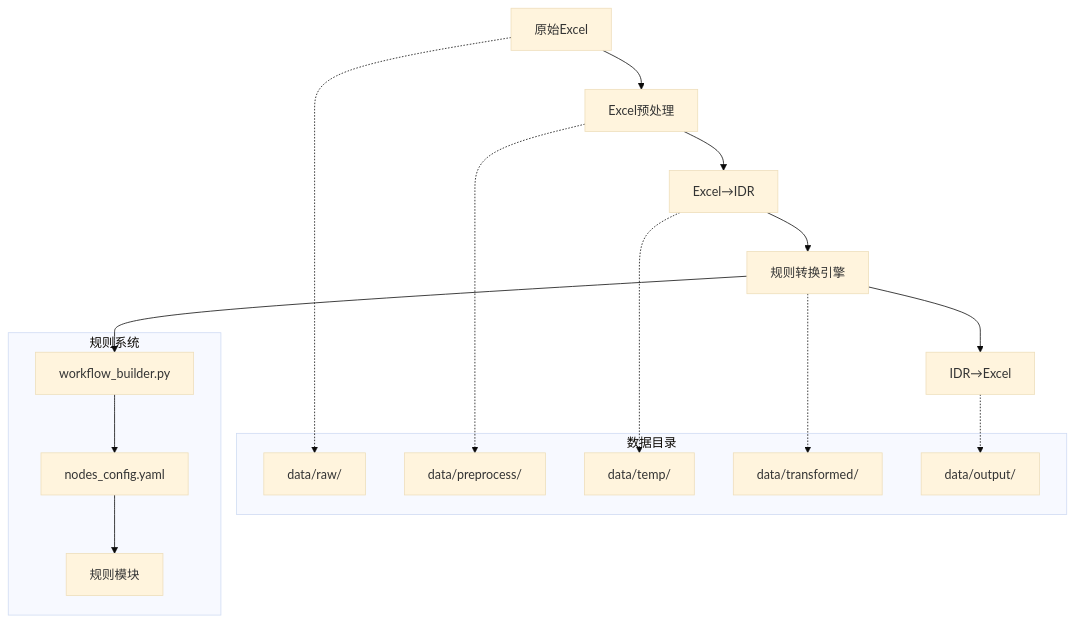
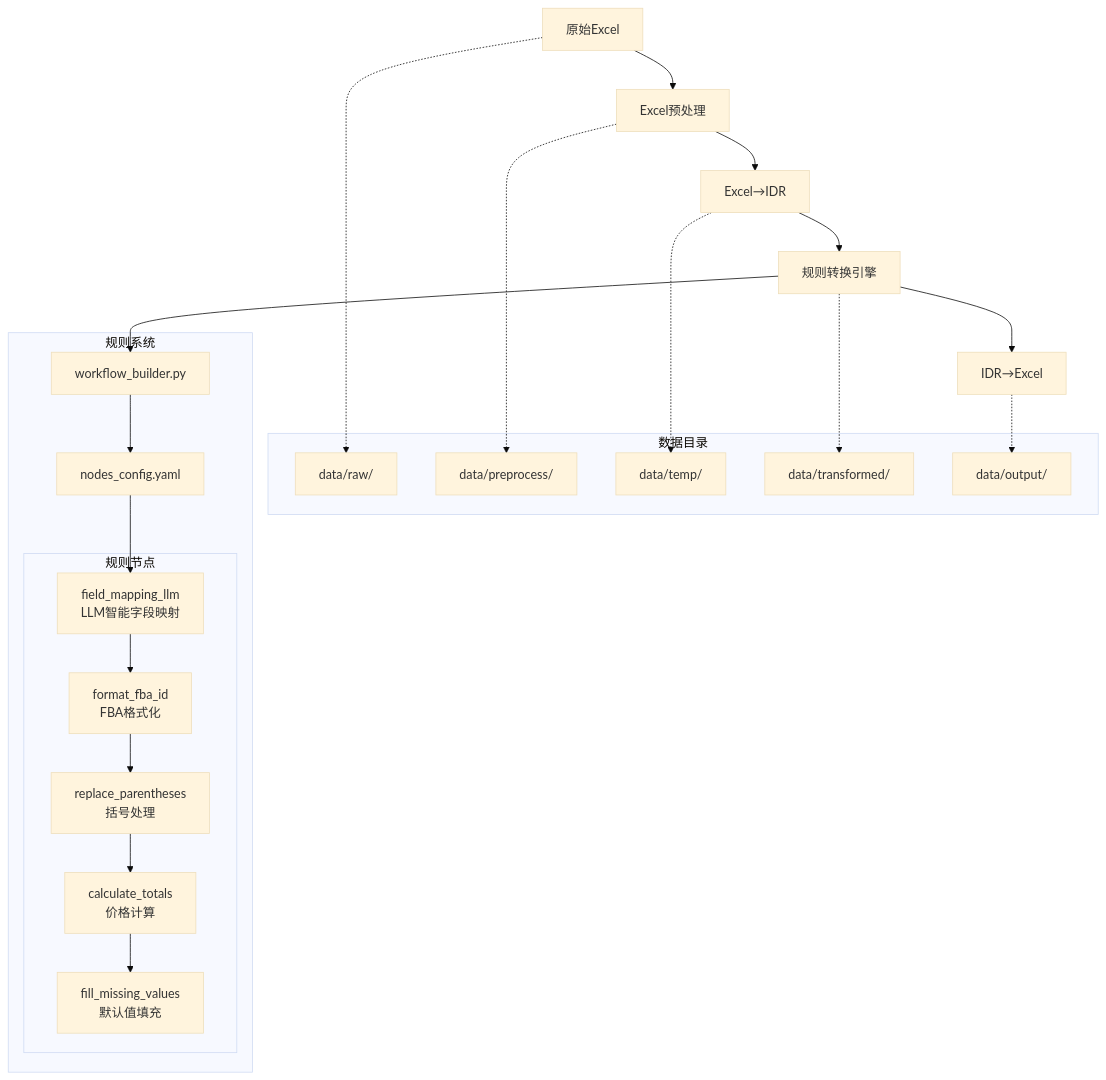
Before and after one commit to fyaic/ExcelConvert: the first of 2 diagrams in docs/PROJECT_STRUCTURE.md, drawn with Mermaid (base theme). The commit also changed other lines of this file and 18 other files, not shown here.

````diff
--- a/docs/PROJECT_STRUCTURE.md
+++ b/docs/PROJECT_STRUCTURE.md
@@ -39,31 +50,42 @@
 ```mermaid
 graph TB
     A[原始Excel] --> B[Excel预处理]
     B --> C[Excel→IDR]
     C --> D[规则转换引擎]
     D --> E[IDR→Excel]
 
     subgraph "数据目录"
         F[data/raw/]
         G[data/preprocess/]
         H[data/temp/]
         I[data/transformed/]
         J[data/output/]
     end
 
     A -.-> F
     B -.-> G
     C -.-> H
     D -.-> I
     E -.-> J
 
     subgraph "规则系统"
         K[workflow_builder.py]
         L[nodes_config.yaml]
-        M[规则模块]
+
+        subgraph "规则节点"
+            N1[field_mapping_llm<br/>LLM智能字段映射]
+            N2[format_fba_id<br/>FBA格式化]
+            N3[replace_parentheses<br/>括号处理]
+            N4[calculate_totals<br/>价格计算]
+            N5[fill_missing_values<br/>默认值填充]
+        end
     end
 
     D --> K
     K --> L
-    L --> M
+    L --> N1
+    N1 --> N2
+    N2 --> N3
+    N3 --> N4
+    N4 --> N5
 ```
````
